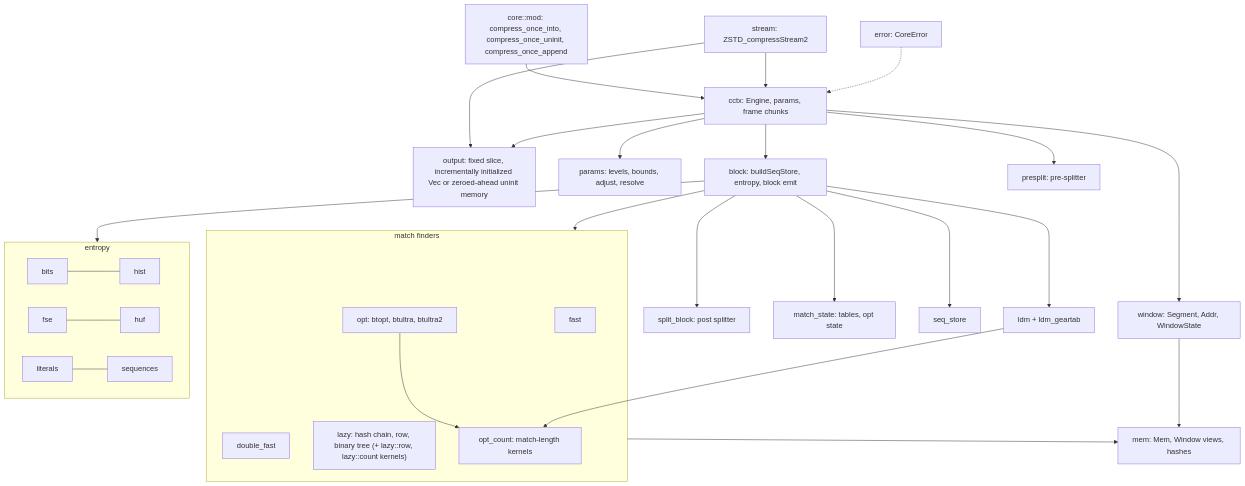
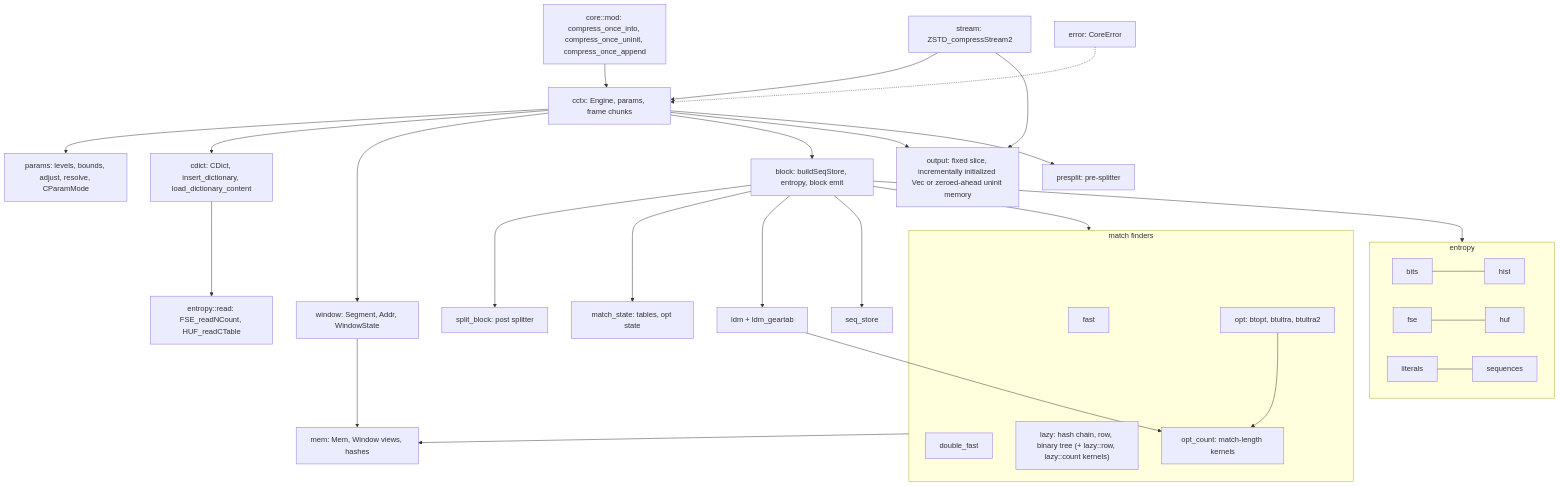
One commit to M-Compressors/mzstd changed the first of 14 diagrams in architecture/encoder-core.md. Above: the diagram before and after it, drawn with Mermaid. The commit also changed other lines of this file and 106 other files, not shown here.

````diff
--- a/architecture/encoder-core.md
+++ b/architecture/encoder-core.md
@@ -13,34 +14,36 @@
 ```mermaid
 graph TD
     Mod["core::mod: compress_once_into, compress_once_uninit, compress_once_append"] --> Cctx[cctx: Engine, params, frame chunks]
     Stream[stream: ZSTD_compressStream2] --> Cctx
     Stream --> Output
-    Cctx --> Params[params: levels, bounds, adjust, resolve]
+    Cctx --> Params[params: levels, bounds, adjust, resolve, CParamMode]
+    Cctx --> CDict["cdict: CDict, insert_dictionary, load_dictionary_content"]
+    CDict --> Read["entropy::read: FSE_readNCount, HUF_readCTable"]
     Cctx --> Window[window: Segment, Addr, WindowState]
     Cctx --> Block[block: buildSeqStore, entropy, block emit]
     Cctx --> Output["output: fixed slice, incrementally initialized Vec or zeroed-ahead uninit memory"]
     Cctx --> Presplit[presplit: pre-splitter]
     Block --> Split[split_block: post splitter]
     Block --> MS[match_state: tables, opt state]
     Block --> Finders
     subgraph Finders[match finders]
         Fast[fast]
         DFast[double_fast]
         Lazy["lazy: hash chain, row, binary tree (+ lazy::row, lazy::count kernels)"]
         Opt["opt: btopt, btultra, btultra2"]
         OptCount["opt_count: match-length kernels"]
         Opt --> OptCount
     end
     Block --> Ldm[ldm + ldm_geartab]
     Ldm --> OptCount
     Block --> Seq[seq_store]
     Block --> Entropy
     subgraph Entropy[entropy]
         Bits[bits] --- Hist[hist]
         Fse[fse] --- Huf[huf]
         Lit[literals] --- Seqs[sequences]
     end
     Finders --> Mem["mem: Mem, Window views, hashes"]
     Window --> Mem
     Error[error: CoreError] -.-> Cctx
 ```
````
